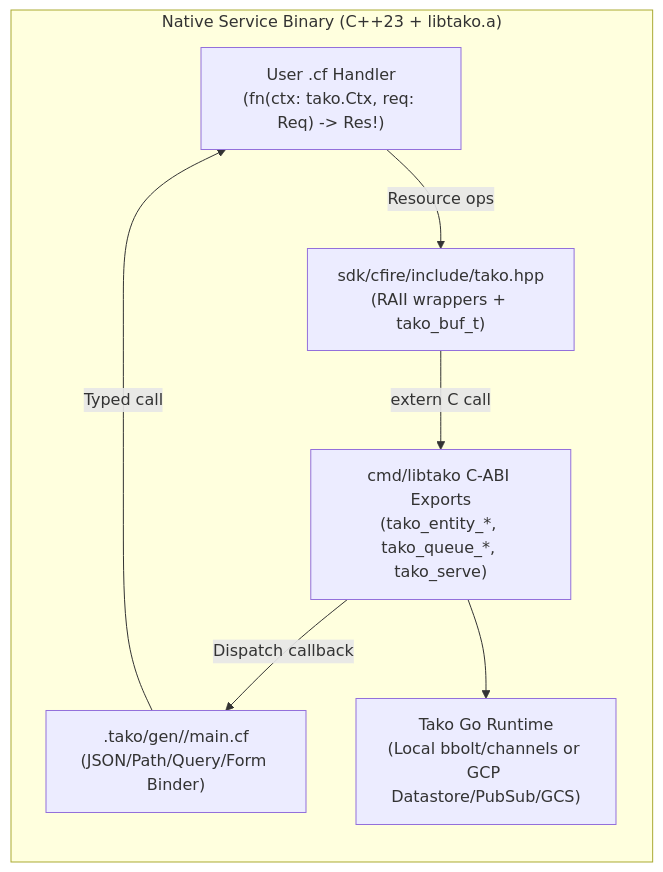
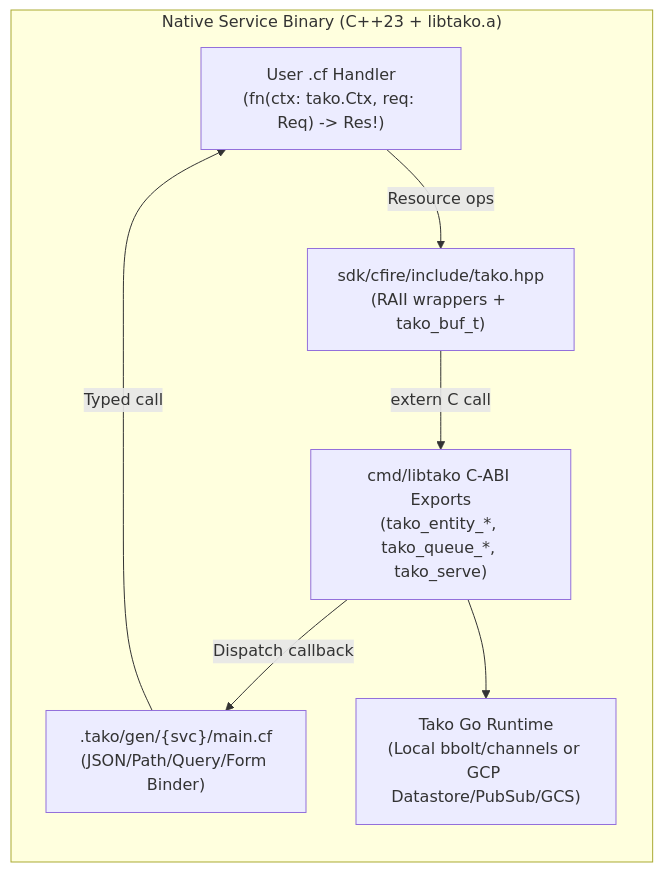
One commit to gsandoval/tako changed the diagram in docs/reference/cfire.md. Above: the diagram before and after it, drawn with Mermaid. The commit also changed other lines of this file and 11 other files, not shown here.

Commit message:
docs: fix Mermaid v11 label escaping and add semantic cfire/C++23 links

````diff
--- a/docs/reference/cfire.md
+++ b/docs/reference/cfire.md
@@ -34,16 +34,16 @@
 ```mermaid
 flowchart LR
     subgraph CfireBin["Native Service Binary (C++23 + libtako.a)"]
         Handler["User .cf Handler\n(fn(ctx: tako.Ctx, req: Req) -> Res!)"]
-        Generated[".tako/gen/<svc>/main.cf\n(JSON/Path/Query/Form Binder)"]
+        Generated[".tako/gen/{svc}/main.cf\n(JSON/Path/Query/Form Binder)"]
         Header["sdk/cfire/include/tako.hpp\n(RAII wrappers + tako_buf_t)"]
         Cgo["cmd/libtako C-ABI Exports\n(tako_entity_*, tako_queue_*, tako_serve)"]
         Backends["Tako Go Runtime\n(Local bbolt/channels or GCP Datastore/PubSub/GCS)"]
     end
 
     Cgo -->|"Dispatch callback"| Generated
     Generated -->|"Typed call"| Handler
     Handler -->|"Resource ops"| Header
     Header -->|"extern C call"| Cgo
     Cgo --> Backends
 ```
````
